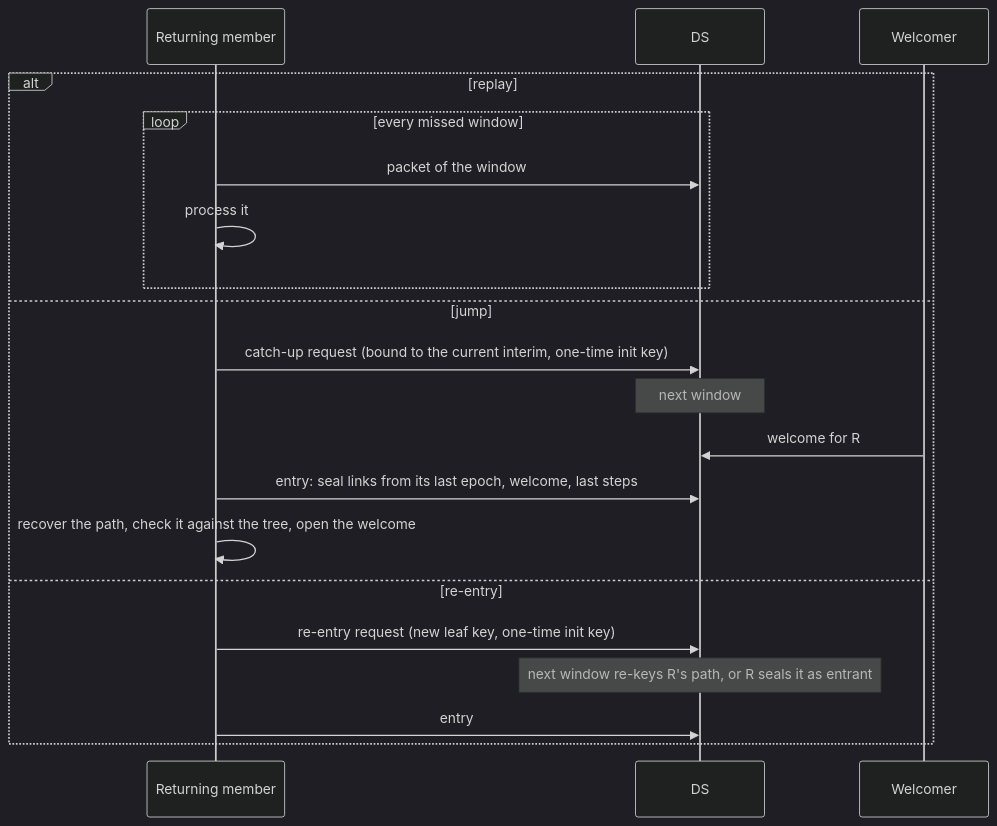
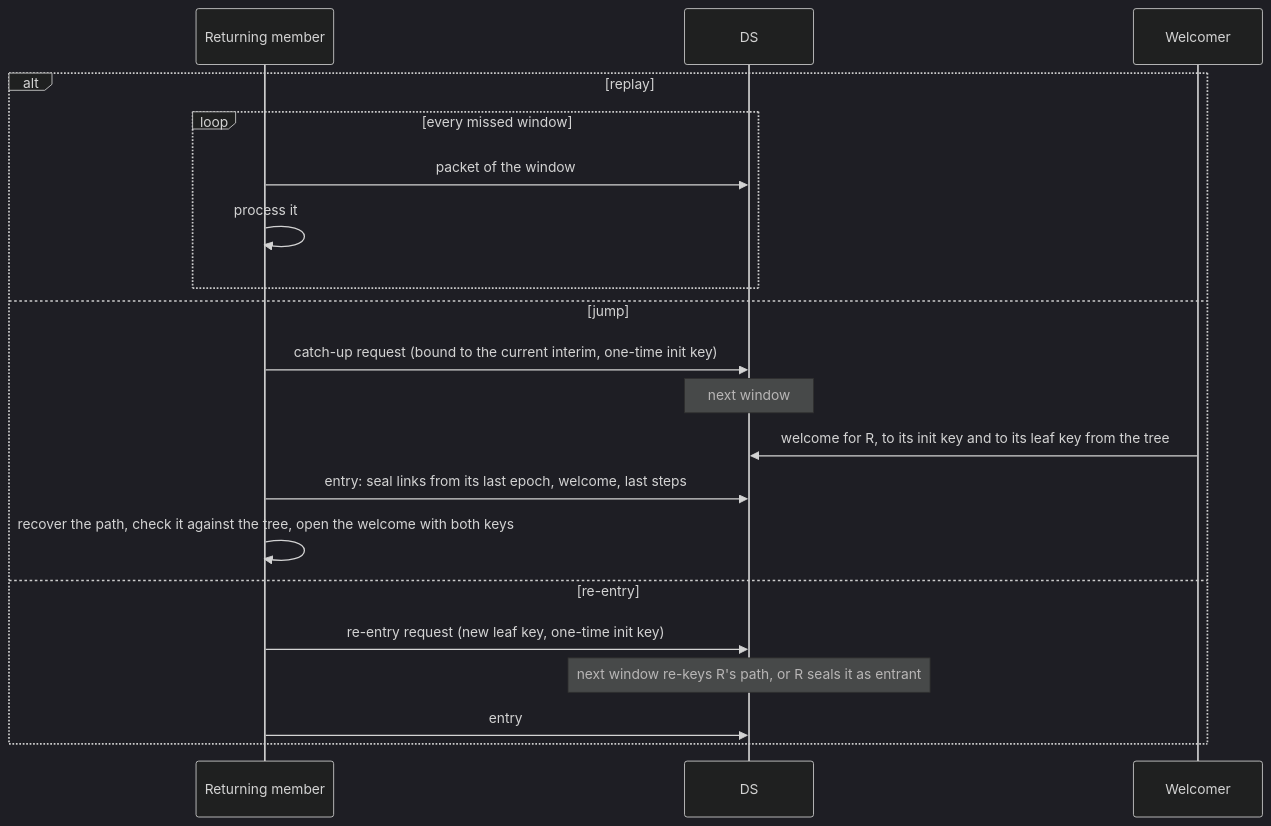
Before and after one commit to pwnsdx/cityg: the fifth of 6 diagrams in docs/workflows.md, drawn with Mermaid (dark theme). The commit also changed 21 other files, not shown here.

````diff
--- a/docs/workflows.md
+++ b/docs/workflows.md
@@ -117,22 +117,22 @@
 ```mermaid
 sequenceDiagram
     participant R as Returning member
     participant DS
     participant W as Welcomer
     alt replay
         loop every missed window
             R->>DS: packet of the window
             R->>R: process it
         end
     else jump
         R->>DS: catch-up request (bound to the current interim, one-time init key)
         Note over DS: next window
-        W->>DS: welcome for R
+        W->>DS: welcome for R, to its init key and to its leaf key from the tree
         R->>DS: entry: seal links from its last epoch, welcome, last steps
-        R->>R: recover the path, check it against the tree, open the welcome
+        R->>R: recover the path, check it against the tree, open the welcome with both keys
     else re-entry
         R->>DS: re-entry request (new leaf key, one-time init key)
         Note over DS: next window re-keys R's path, or R seals it as entrant
         R->>DS: entry
     end
 ```
````
